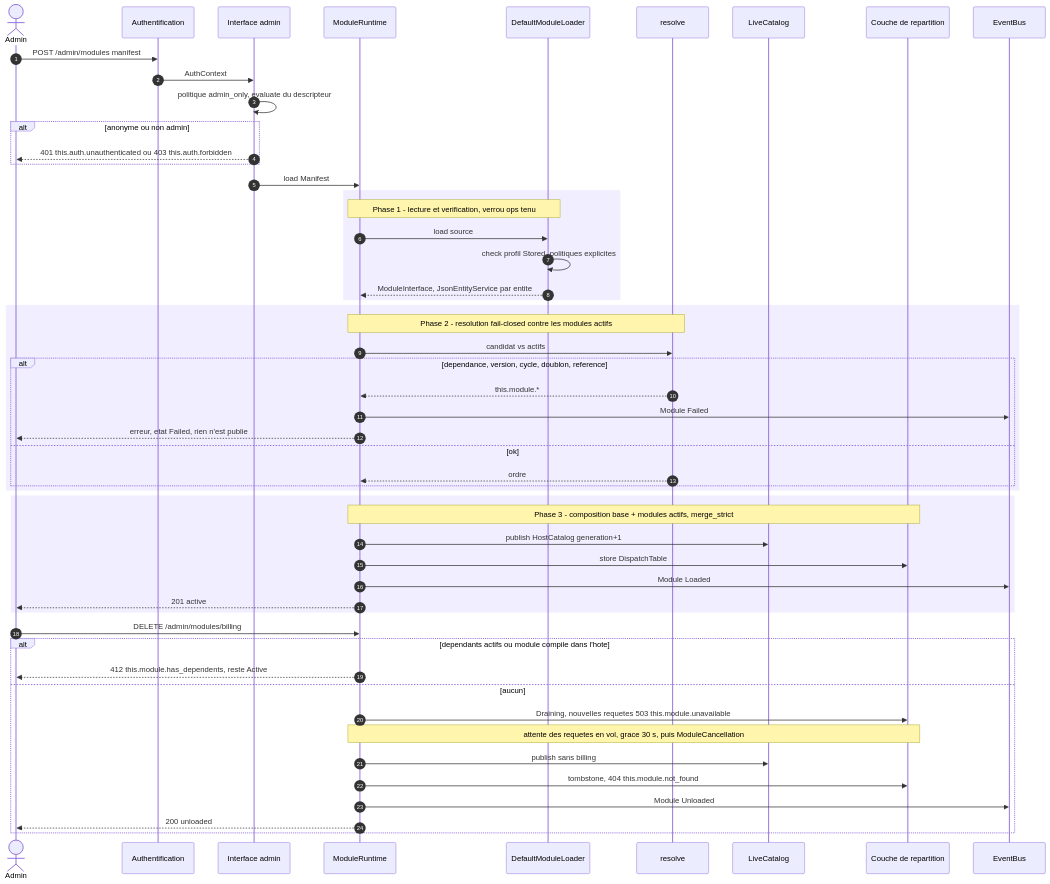
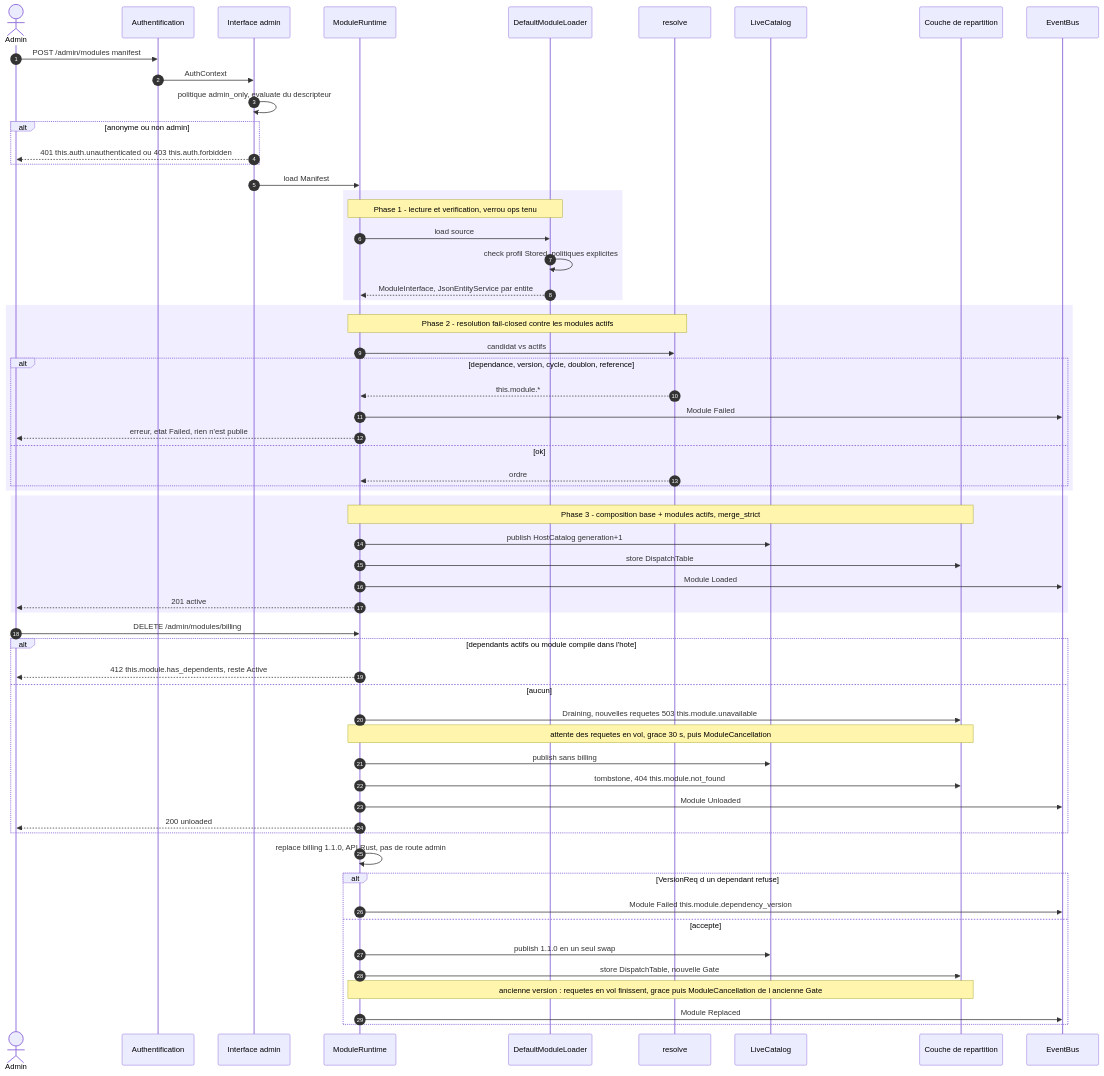
The diagram in docs/atlas/module-descriptor/chargement-runtime.mmd (this-rs/this), drawn with Mermaid before and after one commit. The commit also changed 9 other files, not shown here.

First line of the commit message:
fix(modules-runtime): review fixes - drain race, smuggled fetchers, replace drain

```diff
--- a/docs/atlas/module-descriptor/chargement-runtime.mmd
+++ b/docs/atlas/module-descriptor/chargement-runtime.mmd
@@ -1,64 +1,78 @@
 sequenceDiagram
 %% name: module-descriptor-runtime-load
-%% PROUVE (flux modules-runtime, tests/module_runtime.rs, cargo test -p this-rs --test module_runtime : 11 ok) :
+%% PROUVE (flux modules-runtime, tests/module_runtime.rs, cargo test -p this-rs --test module_runtime : 19 ok) :
 %%   load_then_routes_served_unload_then_404, unload_refused_with_active_dependents,
 %%   replace_checks_dependents_version_req, draining_times_out_and_cancels_streams,
 %%   dynamic_module_paths_not_shadowed_by_link_wildcards, json_entity_publishes_event_and_links,
-%%   admin_interface_requires_admin_then_lists_loads_unloads, plugin_source_is_an_extension_point.
+%%   admin_interface_requires_admin_then_lists_loads_unloads, plugin_source_is_an_extension_point,
+%%   relecture : replace_cancels_old_version_streams_after_grace, fetcher_outside_the_descriptor_is_refused_not_last_wins,
+%%   compiled_module_must_match_its_descriptor_at_runtime, admin_interface_enforced_even_with_authorization_disarmed,
+%%   runtime_module_policies_enforced_on_crud_and_link_routes, loading_an_active_module_again_is_refused_and_unload_twice_too.
+%% DEDUIT (non teste) : la repartition entre dans la Gate PUIS relit la table (Arc::ptr_eq) ; une vidange ne peut plus
+%%   manquer une requete entree entre lecture de table et Gate::enter.
 %% SOURCES LUES : src/server/module_runtime/{runtime,dispatch,admin,loader,json_entity}.rs,
 %%   src/server/exposure/rest/mod.rs (ModuleRuntime::mount), src/server/catalog.rs, crates/this-descriptor/src/resolve.rs.
 %% NON ETABLI : GraphQL et gRPC ne lisent pas encore le catalogue (flux auth) ; un module charge a chaud
 %%   n'y est pas servi. Pas de chargement WASM reel (wasmtime absent) : point d'extension ModuleSource::Plugin.
     autonumber
     actor Admin
     participant AU as Authentification
     participant ADM as Interface admin
     participant RT as ModuleRuntime
     participant LD as DefaultModuleLoader
     participant RES as resolve
     participant CAT as LiveCatalog
     participant DSP as Couche de repartition
     participant BUS as EventBus
 
     Admin->>AU: POST /admin/modules manifest
     AU->>ADM: AuthContext
     ADM->>ADM: politique admin_only, evaluate du descripteur
     alt anonyme ou non admin
         ADM-->>Admin: 401 this.auth.unauthenticated ou 403 this.auth.forbidden
     end
     ADM->>RT: load Manifest
     rect rgba(164,139,255,.15)
     Note over RT,LD: Phase 1 - lecture et verification, verrou ops tenu
     RT->>LD: load source
     LD->>LD: check profil Stored, politiques explicites
     LD-->>RT: ModuleInterface, JsonEntityService par entite
     end
     rect rgba(164,139,255,.15)
     Note over RT,RES: Phase 2 - resolution fail-closed contre les modules actifs
     RT->>RES: candidat vs actifs
     alt dependance, version, cycle, doublon, reference
         RES-->>RT: this.module.*
         RT->>BUS: Module Failed
         RT-->>Admin: erreur, etat Failed, rien n'est publie
     else ok
         RES-->>RT: ordre
     end
     end
     rect rgba(164,139,255,.15)
     Note over RT,DSP: Phase 3 - composition base + modules actifs, merge_strict
     RT->>CAT: publish HostCatalog generation+1
     RT->>DSP: store DispatchTable
     RT->>BUS: Module Loaded
     RT-->>Admin: 201 active
     end
     Admin->>RT: DELETE /admin/modules/billing
     alt dependants actifs ou module compile dans l'hote
         RT-->>Admin: 412 this.module.has_dependents, reste Active
     else aucun
         RT->>DSP: Draining, nouvelles requetes 503 this.module.unavailable
         Note over RT,DSP: attente des requetes en vol, grace 30 s, puis ModuleCancellation
         RT->>CAT: publish sans billing
         RT->>DSP: tombstone, 404 this.module.not_found
         RT->>BUS: Module Unloaded
         RT-->>Admin: 200 unloaded
     end
+    RT->>RT: replace billing 1.1.0, API Rust, pas de route admin
+    alt VersionReq d un dependant refuse
+        RT->>BUS: Module Failed this.module.dependency_version
+    else accepte
+        RT->>CAT: publish 1.1.0 en un seul swap
+        RT->>DSP: store DispatchTable, nouvelle Gate
+        Note over RT,DSP: ancienne version : requetes en vol finissent, grace puis ModuleCancellation de l ancienne Gate
+        RT->>BUS: Module Replaced
+    end
```
